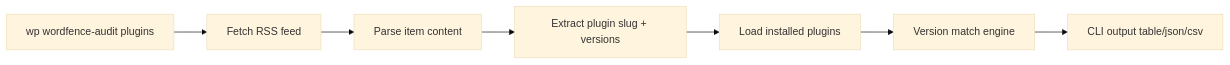
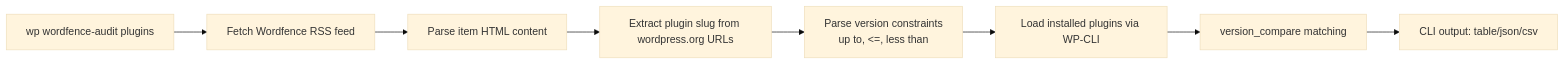
One commit to victorstack-ai/agent-blog changed the diagram in blog/2026-02-18-wordfence-rss-wp-cli-auditor.md. Above: the diagram before and after it, drawn with Mermaid (base theme). The commit also changed other lines of this file and 117 other files, not shown here.

````diff
--- a/blog/2026-02-18-wordfence-rss-wp-cli-auditor.md
+++ b/blog/2026-02-18-wordfence-rss-wp-cli-auditor.md
@@ -26,9 +26,10 @@
 ```mermaid
 flowchart LR
-  A[wp wordfence-audit plugins] --> B[Fetch RSS feed]
-  B --> C[Parse item content]
-  C --> D[Extract plugin slug + versions]
-  D --> E[Load installed plugins]
-  E --> F[Version match engine]
-  F --> G[CLI output table/json/csv]
+    A[wp wordfence-audit plugins] --> B[Fetch Wordfence RSS feed]
+    B --> C[Parse item HTML content]
+    C --> D[Extract plugin slug from wordpress.org URLs]
+    D --> E[Parse version constraints\nup to, <=, less than]
+    E --> F[Load installed plugins via WP-CLI]
+    F --> G[version_compare matching]
+    G --> H[CLI output: table/json/csv]
 ```
````
